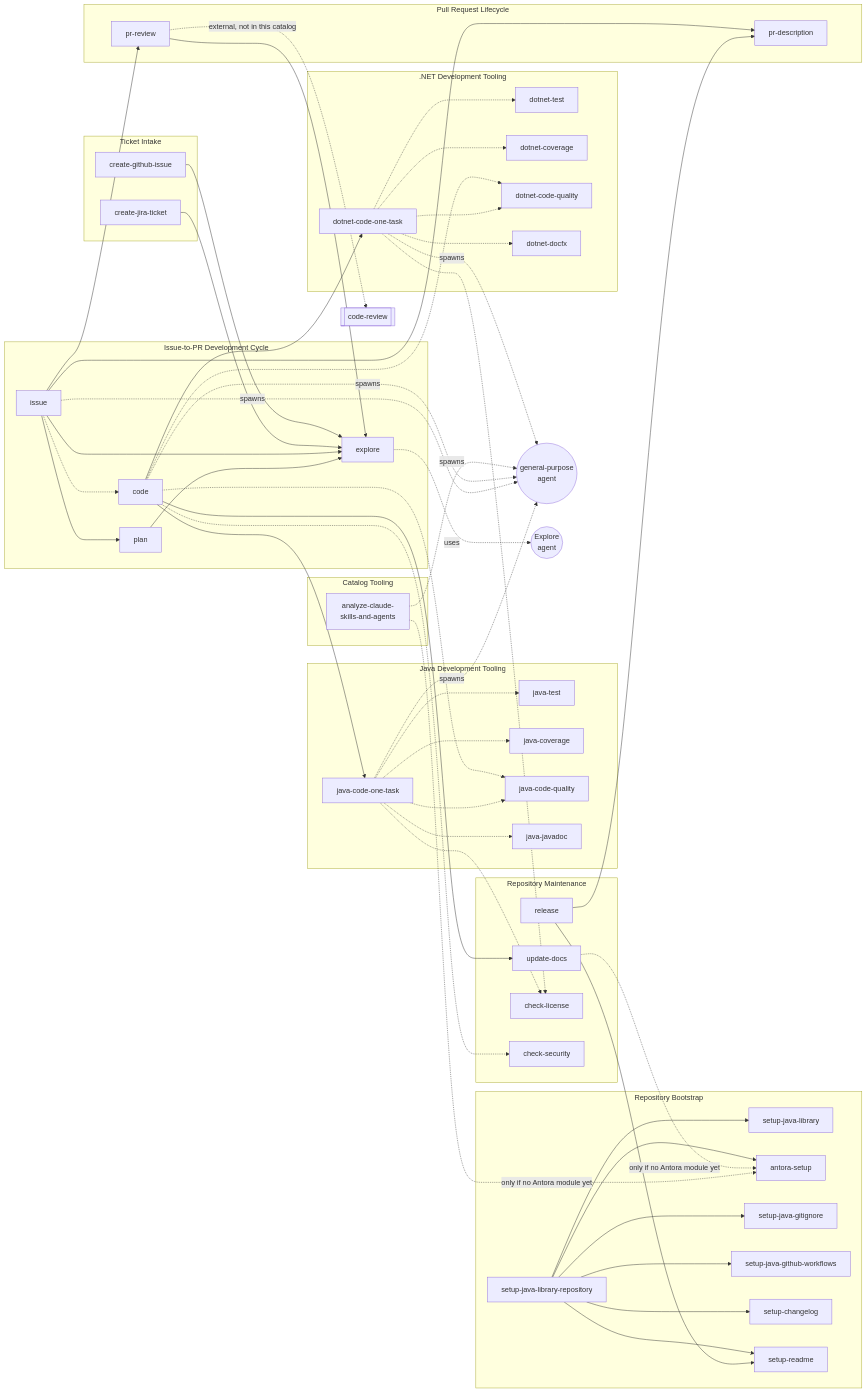
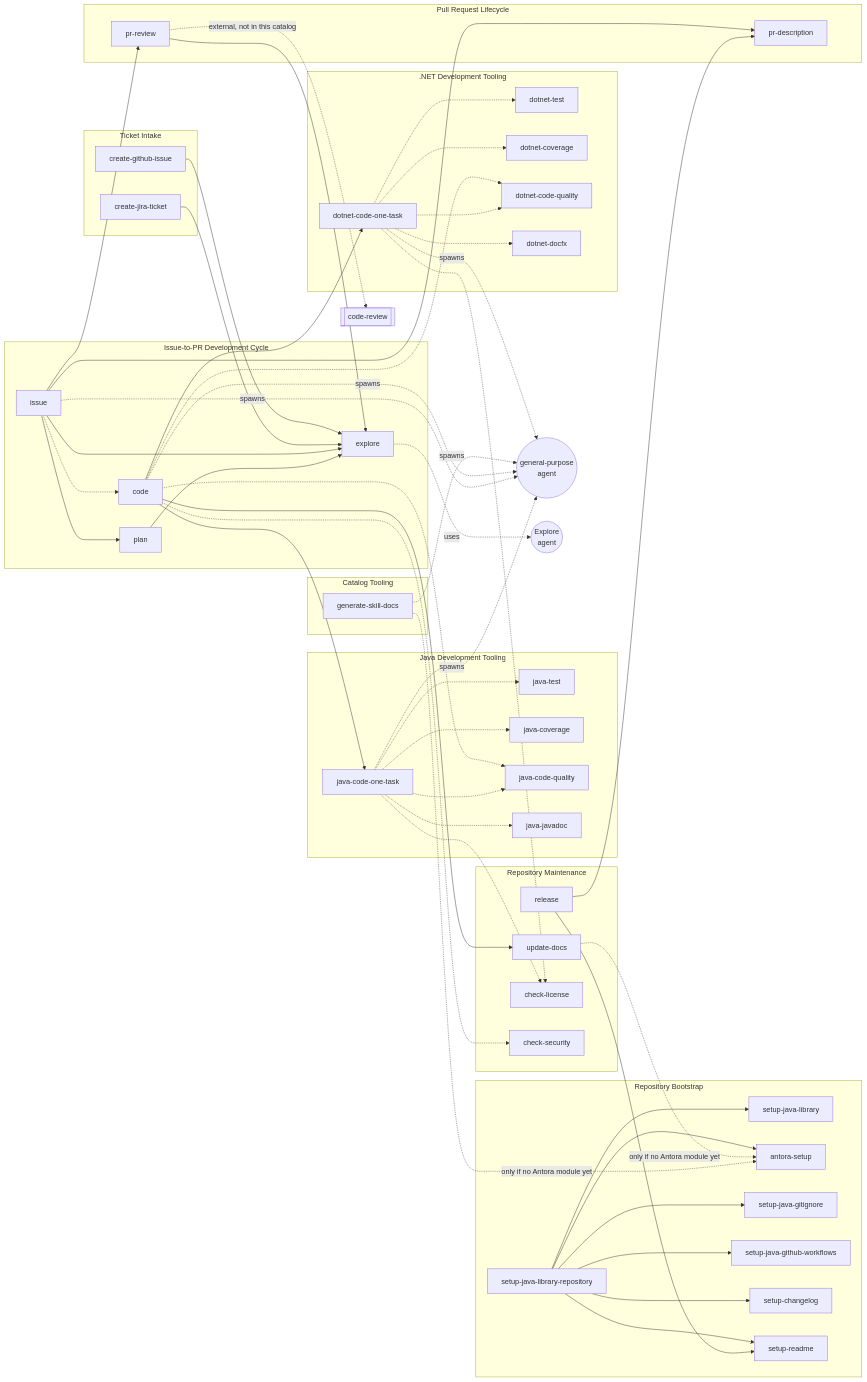
One commit to albertoirurueta/ai-catalog changed the first of 7 diagrams in docs/modules/ROOT/pages/index.adoc. Above: the diagram before and after it, drawn with Mermaid. The commit also changed other lines of this file and 9 other files, not shown here.

```diff
--- a/docs/modules/ROOT/pages/index.adoc
+++ b/docs/modules/ROOT/pages/index.adoc
@@ -506,7 +506,7 @@
     end
 
     subgraph Tooling["Catalog Tooling"]
-        ACSA["analyze-claude-\nskills-and-agents"]
+        GSD["generate-skill-docs"]
     end
 
     SJLR --> SJL
@@ -550,8 +550,8 @@
     REL --> PRD
     UD -.->|only if no Antora module yet| AS
 
-    ACSA -.->|only if no Antora module yet| AS
-    ACSA -.spawns.-> AGT_GP
+    GSD -.->|only if no Antora module yet| AS
+    GSD -.spawns.-> AGT_GP
 
     PRR -.->|external, not in this catalog| CR[["code-review"]]
 
```
